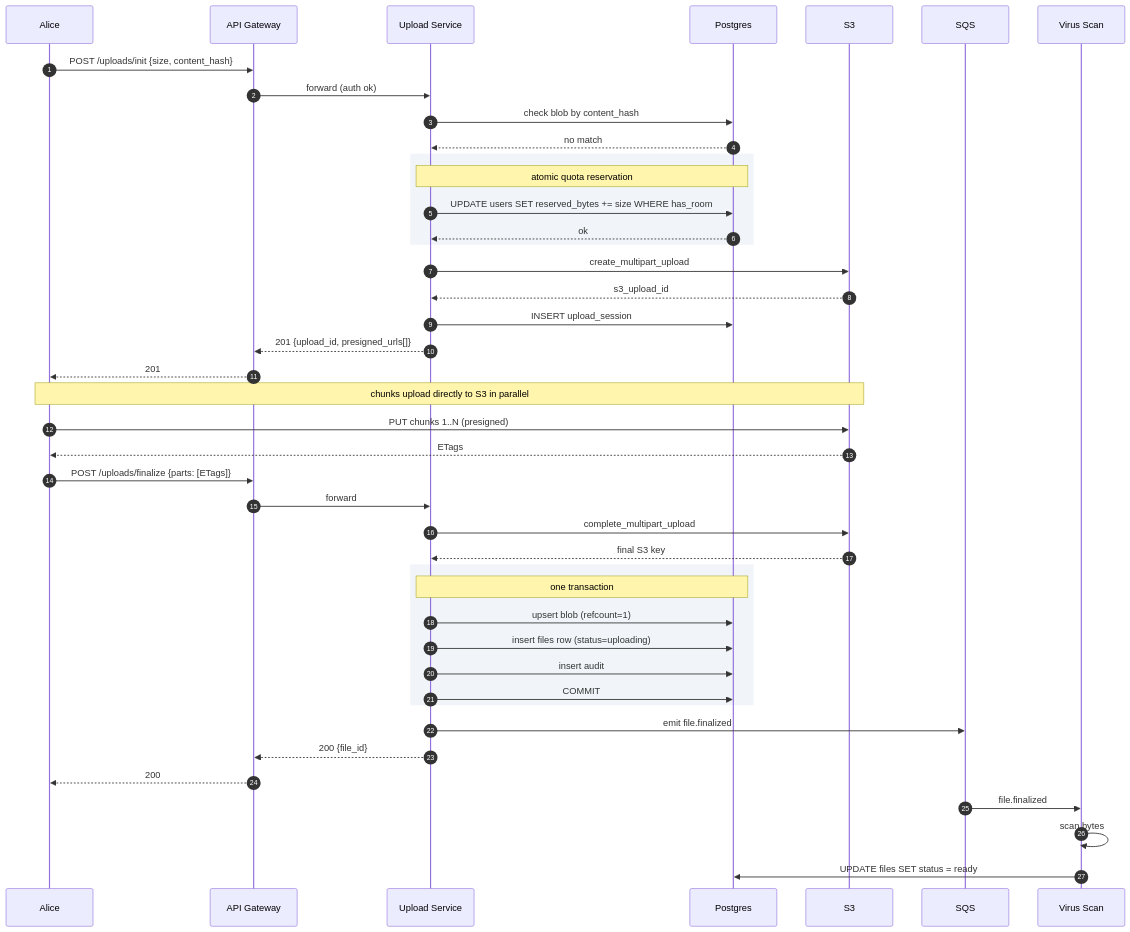
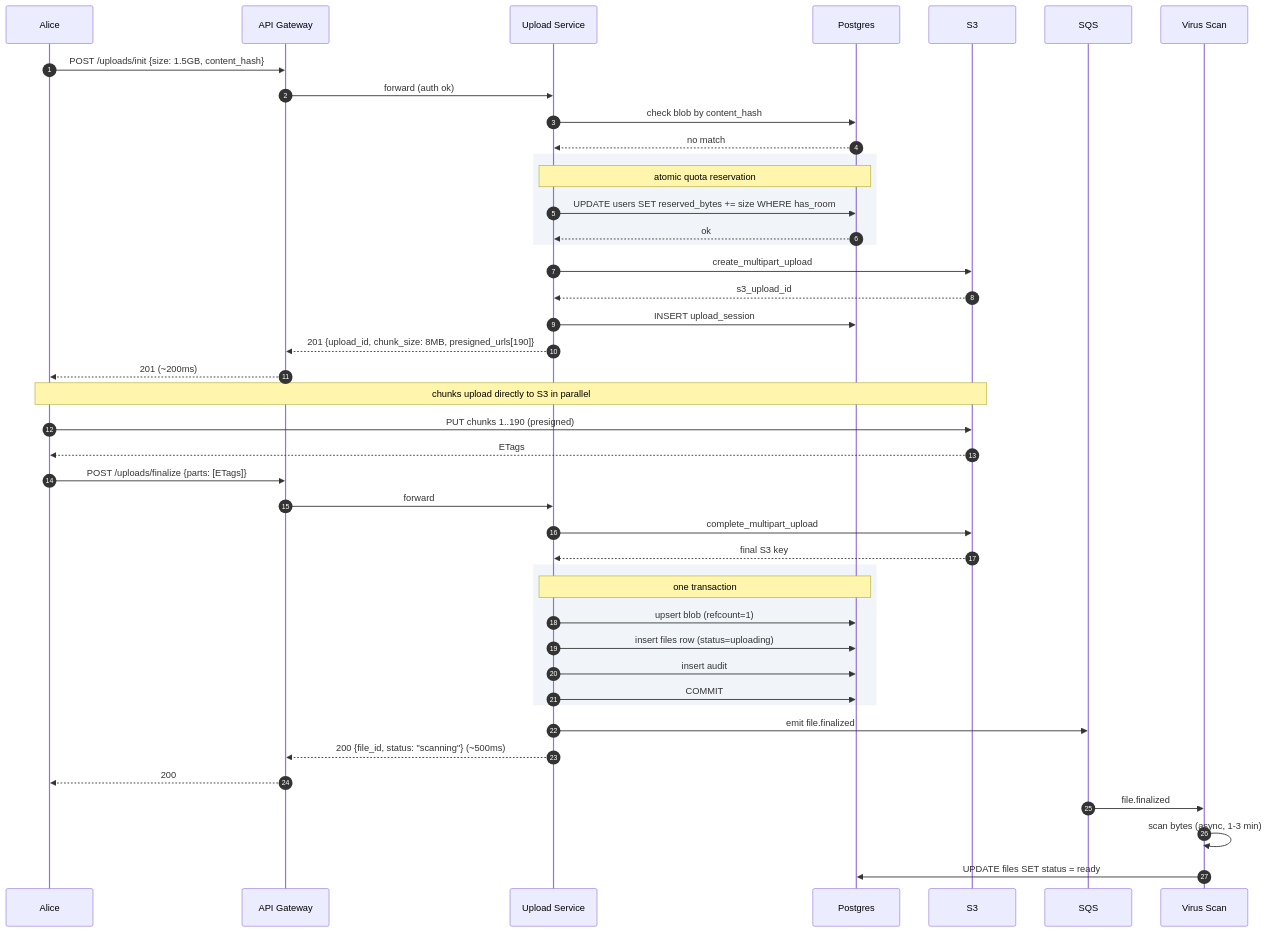
Before and after one commit to shiningflash/system-design: the third of 5 diagrams in problems/020-file-upload-share/solution.md, drawn with Mermaid. The commit also changed other lines of this file and 37 other files, not shown here.

````diff
--- a/problems/020-file-upload-share/solution.md
+++ b/problems/020-file-upload-share/solution.md
@@ -367,53 +367,53 @@
 ```mermaid
 sequenceDiagram
     autonumber
     participant Alice
     participant GW as API Gateway
     participant US as Upload Service
     participant DB as Postgres
     participant S3
     participant Q as SQS
     participant VS as Virus Scan
 
-    Alice->>GW: POST /uploads/init {size, content_hash}
+    Alice->>GW: POST /uploads/init {size: 1.5GB, content_hash}
     GW->>US: forward (auth ok)
     US->>DB: check blob by content_hash
     DB-->>US: no match
 
     rect rgb(241, 245, 249)
         Note over US,DB: atomic quota reservation
         US->>DB: UPDATE users SET reserved_bytes += size WHERE has_room
         DB-->>US: ok
     end
 
     US->>S3: create_multipart_upload
     S3-->>US: s3_upload_id
     US->>DB: INSERT upload_session
-    US-->>GW: 201 {upload_id, presigned_urls[]}
-    GW-->>Alice: 201
+    US-->>GW: 201 {upload_id, chunk_size: 8MB, presigned_urls[190]}
+    GW-->>Alice: 201 (~200ms)
 
     Note over Alice,S3: chunks upload directly to S3 in parallel
-    Alice->>S3: PUT chunks 1..N (presigned)
+    Alice->>S3: PUT chunks 1..190 (presigned)
     S3-->>Alice: ETags
 
     Alice->>GW: POST /uploads/finalize {parts: [ETags]}
     GW->>US: forward
     US->>S3: complete_multipart_upload
     S3-->>US: final S3 key
 
     rect rgb(241, 245, 249)
         Note over US,DB: one transaction
         US->>DB: upsert blob (refcount=1)
         US->>DB: insert files row (status=uploading)
         US->>DB: insert audit
         US->>DB: COMMIT
     end
 
     US->>Q: emit file.finalized
-    US-->>GW: 200 {file_id}
+    US-->>GW: 200 {file_id, status: "scanning"} (~500ms)
     GW-->>Alice: 200
 
     Q->>VS: file.finalized
-    VS->>VS: scan bytes
+    VS->>VS: scan bytes (async, 1-3 min)
     VS->>DB: UPDATE files SET status = ready
 ```
````
